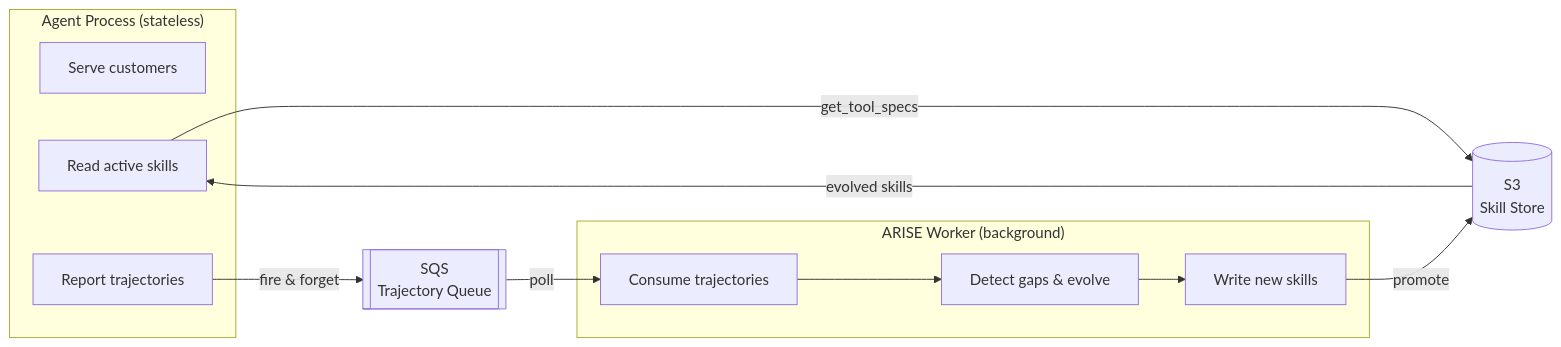
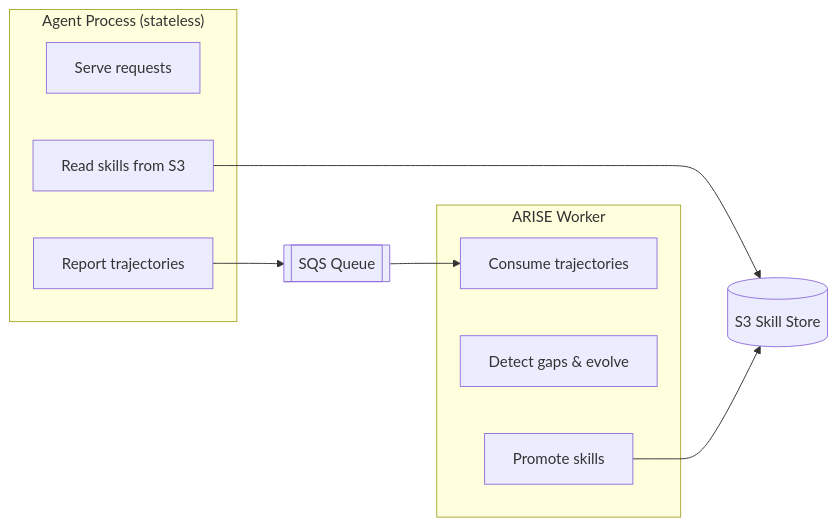
Before and after one commit to pchaganti/ax-arise: the second of 2 diagrams in README.md, drawn with Mermaid. The commit also changed other lines of this file, not shown here.

Commit message:
docs: rewrite README with cleaner structure and better diagrams

````diff
--- a/README.md
+++ b/README.md
@@ -346,25 +95,22 @@
 ```mermaid
 flowchart LR
     subgraph Agent["Agent Process (stateless)"]
-        A1[Serve customers]
-        A2[Read active skills]
-        A3[Report trajectories]
+        A1["Serve requests"]
+        A2["Read skills from S3"]
+        A3["Report trajectories"]
     end
 
-    subgraph Worker["ARISE Worker (background)"]
-        W1[Consume trajectories]
-        W2[Detect gaps & evolve]
-        W3[Write new skills]
+    subgraph Worker["ARISE Worker"]
+        W1["Consume trajectories"]
+        W2["Detect gaps & evolve"]
+        W3["Promote skills"]
     end
 
-    S3[(S3\nSkill Store)]
-    SQS[[SQS\nTrajectory Queue]]
+    S3[(S3 Skill Store)]
+    SQS[[SQS Queue]]
 
-    A2 -- get_tool_specs --> S3
-    S3 -- evolved skills --> A2
-    A3 -- fire & forget --> SQS
-    SQS -- poll --> W1
-    W1 --> W2
-    W2 --> W3
-    W3 -- promote --> S3
+    A2 --> S3
+    A3 --> SQS
+    SQS --> W1
+    W3 --> S3
 ```
````
